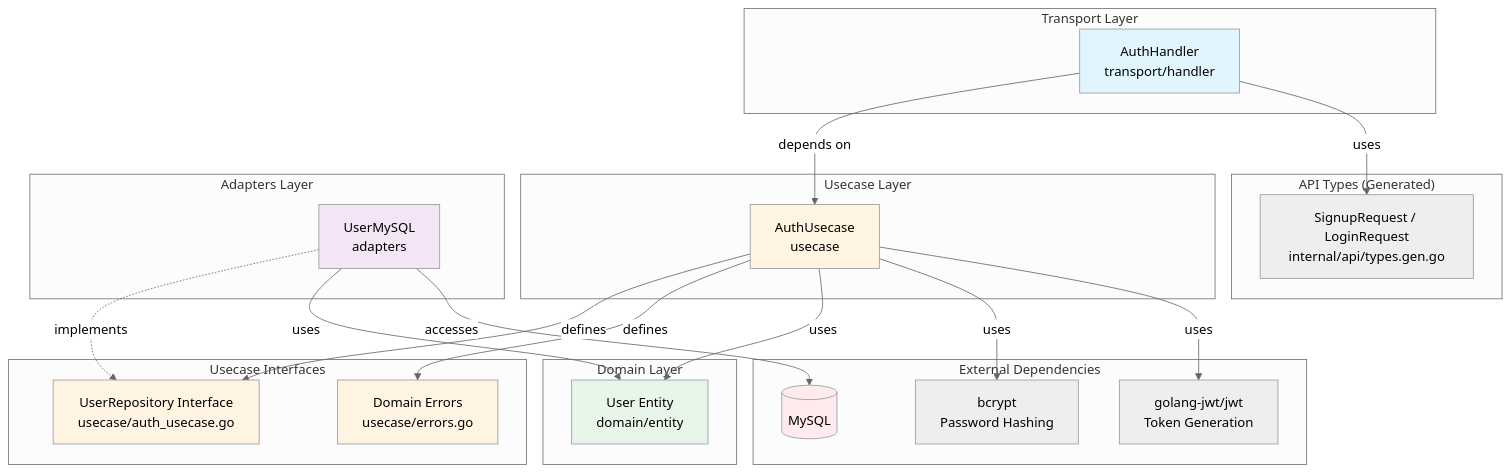
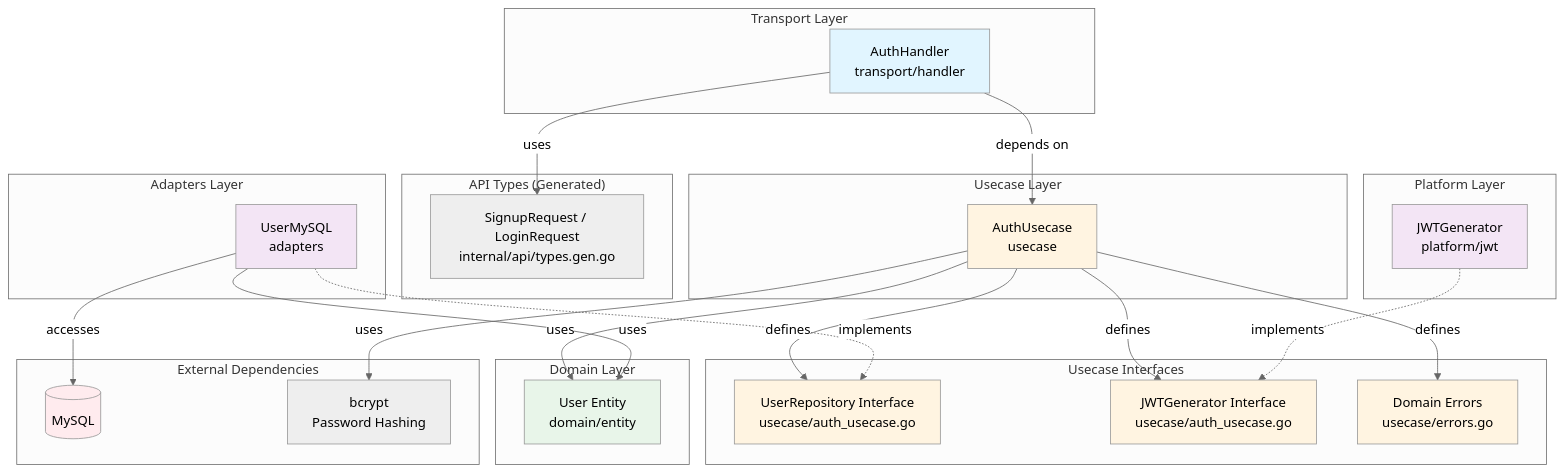
Before and after one commit to UCHIDAnobuhiro/stock_backend: the third of 3 diagrams in internal/feature/auth/README.md, drawn with Mermaid (neutral theme). The commit also changed other lines of this file and 4 other files, not shown here.

````diff
--- a/internal/feature/auth/README.md
+++ b/internal/feature/auth/README.md
@@ -182,52 +183,59 @@
 ```mermaid
 graph TB
     subgraph "Transport Layer"
         Handler[AuthHandler<br/>transport/handler]
     end
 
     subgraph "API Types (Generated)"
         APITypes[SignupRequest / LoginRequest<br/>internal/api/types.gen.go]
     end
 
     subgraph "Usecase Layer"
         Usecase[AuthUsecase<br/>usecase]
     end
 
     subgraph "Domain Layer"
         Entity[User Entity<br/>domain/entity]
     end
 
     subgraph "Usecase Interfaces"
         RepoInterface[UserRepository Interface<br/>usecase/auth_usecase.go]
+        JWTInterface[JWTGenerator Interface<br/>usecase/auth_usecase.go]
         Errors[Domain Errors<br/>usecase/errors.go]
     end
 
     subgraph "Adapters Layer"
         RepoImpl[UserMySQL<br/>adapters]
     end
 
+    subgraph "Platform Layer"
+        JWTImpl[JWTGenerator<br/>platform/jwt]
+    end
+
     subgraph "External Dependencies"
         DB[(MySQL)]
         BCrypt[bcrypt<br/>Password Hashing]
-        JWT[golang-jwt/jwt<br/>Token Generation]
     end
 
     Handler -->|depends on| Usecase
     Handler -->|uses| APITypes
     Usecase -->|defines| RepoInterface
+    Usecase -->|defines| JWTInterface
     Usecase -->|defines| Errors
     Usecase -->|uses| Entity
     Usecase -->|uses| BCrypt
-    Usecase -->|uses| JWT
     RepoImpl -.->|implements| RepoInterface
     RepoImpl -->|uses| Entity
     RepoImpl -->|accesses| DB
+    JWTImpl -.->|implements| JWTInterface
 
     style Handler fill:#e1f5ff
     style Usecase fill:#fff4e1
     style Entity fill:#e8f5e9
     style RepoInterface fill:#fff4e1
+    style JWTInterface fill:#fff4e1
     style Errors fill:#fff4e1
     style RepoImpl fill:#f3e5f5
+    style JWTImpl fill:#f3e5f5
     style DB fill:#ffebee
 ```
````
